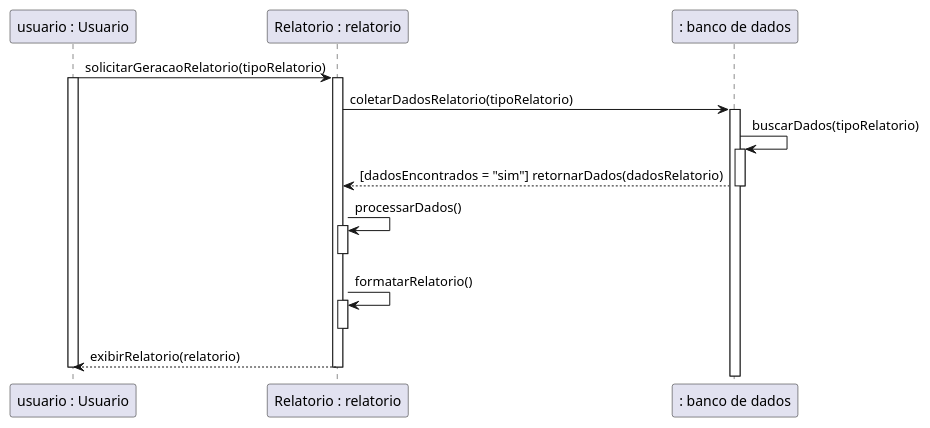
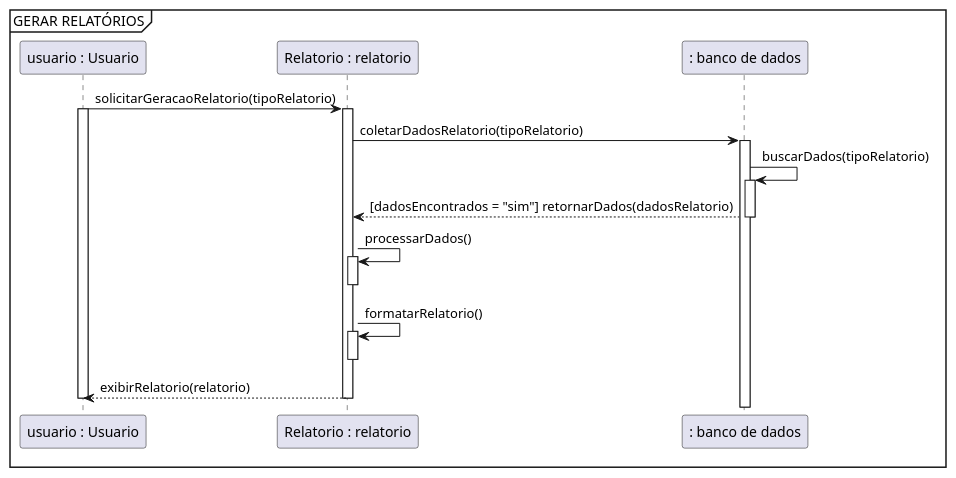
Before and after one commit to yurilsn/DiagramasUml: the diagram in Diagrama de Sequencia/sequencia_proj_final_c2.wsd, drawn with PlantUML. The commit also changed 4 other files, not shown here.

```diff
--- a/Diagrama de Sequencia/sequencia_proj_final_c2.wsd
+++ b/Diagrama de Sequencia/sequencia_proj_final_c2.wsd
@@ -1,32 +1,33 @@
 @startuml
-' GERAR RELATÓRIOS
+mainframe GERAR RELATÓRIOS
+
 
 "usuario : Usuario" as usuario -> "Relatorio : relatorio" as relatorio : solicitarGeracaoRelatorio(tipoRelatorio)
 activate usuario
 
 activate relatorio
 relatorio -> ": banco de dados" as bd: coletarDadosRelatorio(tipoRelatorio)
 activate bd
 
 bd -> bd: buscarDados(tipoRelatorio)
 activate bd
 
 bd --> relatorio: [dadosEncontrados = "sim"] retornarDados(dadosRelatorio)
 deactivate bd
 
 relatorio -> relatorio: processarDados()
 activate relatorio
 
 deactivate relatorio
 
 relatorio -> relatorio: formatarRelatorio()
 activate relatorio
 
 deactivate relatorio
 
 relatorio --> usuario: exibirRelatorio(relatorio)
 deactivate relatorio
 
 deactivate usuario
 
 @enduml
```
